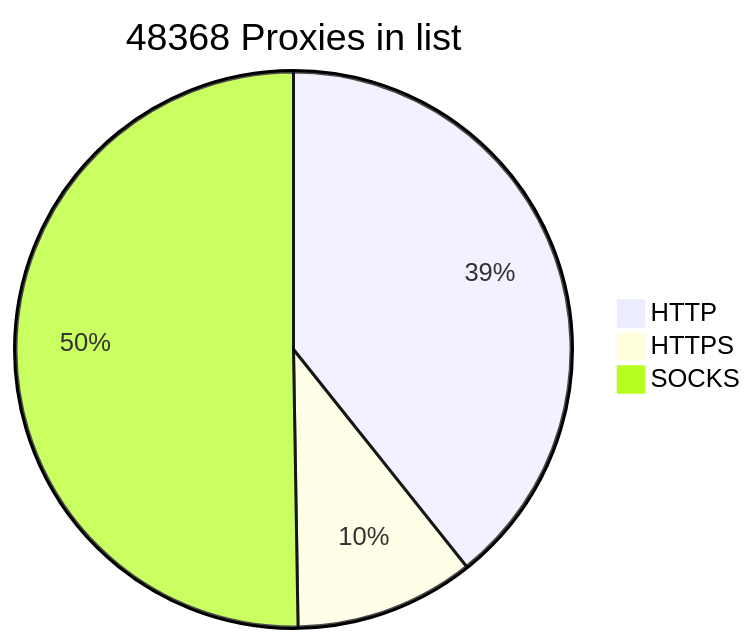
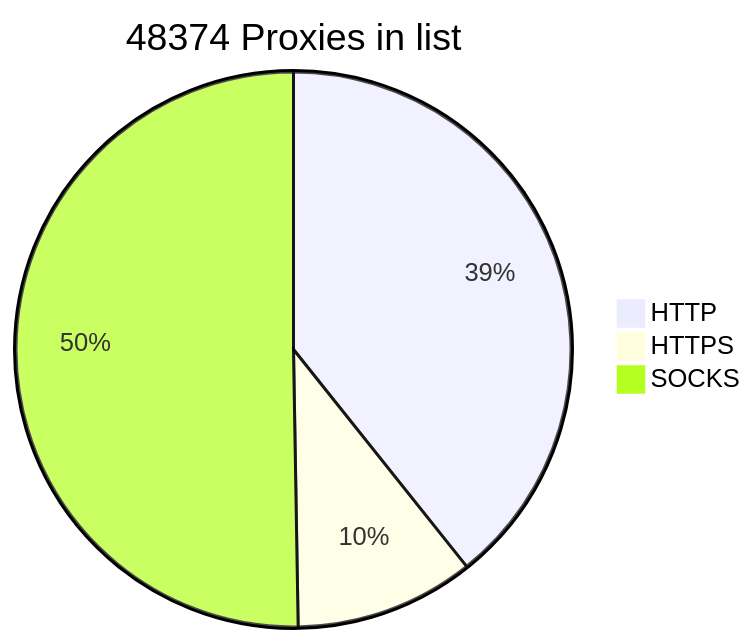
The diagram in README.md (BlackSnowDot/proxylist-update-every-minute), drawn with Mermaid before and after one commit.

````diff
--- a/README.md
+++ b/README.md
@@ -2,6 +2,6 @@
 ```mermaid
-pie title 48368 Proxies in list
+pie title 48374 Proxies in list
     "HTTP" : 20932
     "HTTPS": 5569
-    "SOCKS" : 26780
+    "SOCKS" : 26787
 ```
````
